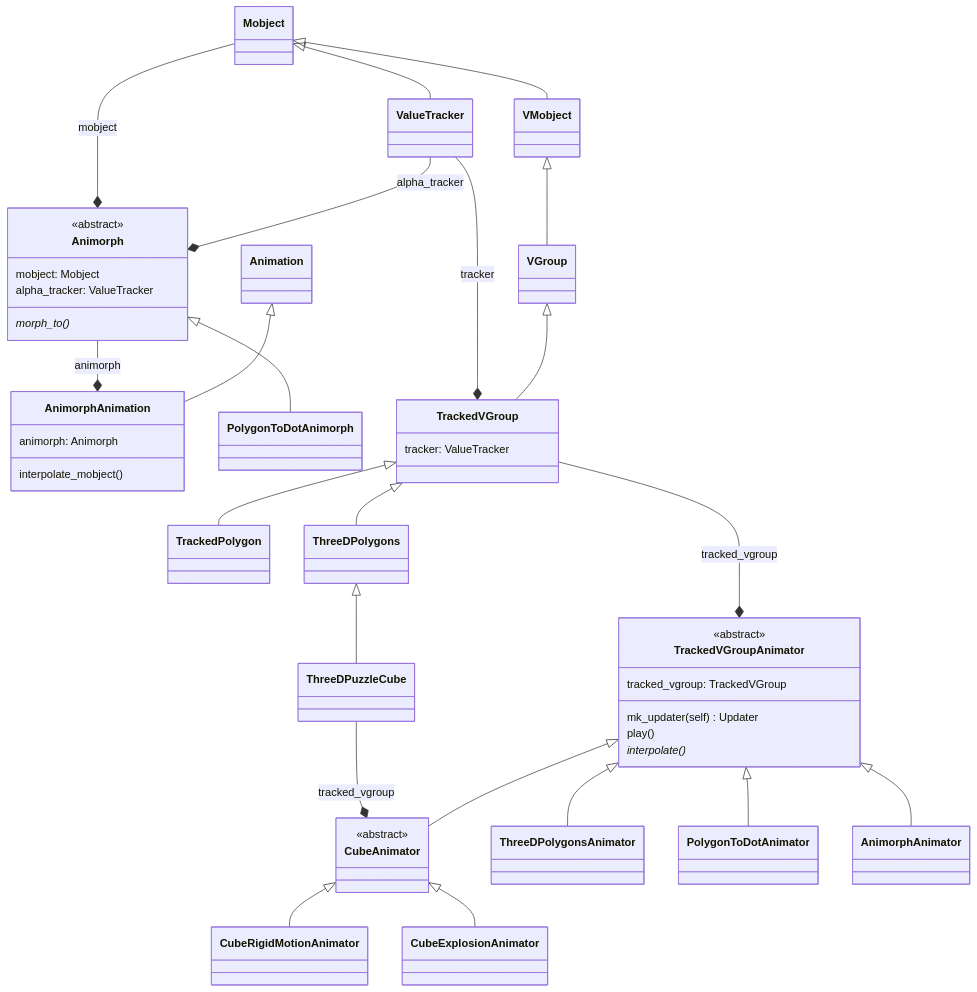
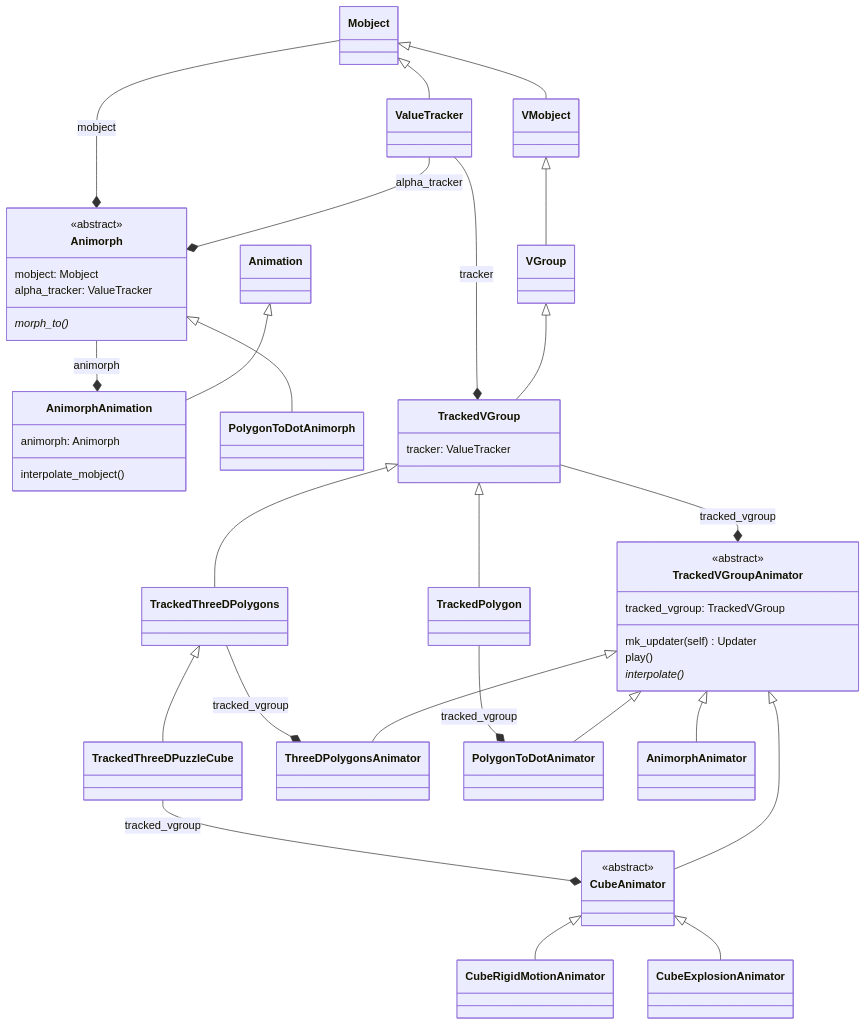
One commit to agryman/instant-insanity changed the diagram in docs/uml/animators.md. Above: the diagram before and after it, drawn with Mermaid. The commit also changed 10 other files, not shown here.

Commit message:
Prefixed ThreeDPuzzleCube  and ThreeDPolygon with Tracked for consistency.

````diff
--- a/docs/uml/animators.md
+++ b/docs/uml/animators.md
@@ -5,48 +5,52 @@
 ```mermaid
 classDiagram
     Animation <|-- AnimorphAnimation
     Mobject <|-- ValueTracker
     Animorph *-- Mobject  : mobject
     Animorph <|-- PolygonToDotAnimorph
     ValueTracker --* Animorph : alpha_tracker
     Animorph --* AnimorphAnimation : animorph
     Mobject <|-- VMobject
     VMobject <|-- VGroup
     VGroup <|-- TrackedVGroup
     ValueTracker --* TrackedVGroup : tracker
     TrackedVGroup <|-- TrackedPolygon
-    TrackedVGroup <|-- ThreeDPolygons
-    ThreeDPolygons <|-- ThreeDPuzzleCube
+    TrackedVGroup <|-- TrackedThreeDPolygons
+
+    TrackedThreeDPolygons <|-- TrackedThreeDPuzzleCube
+
     TrackedVGroup --* TrackedVGroupAnimator : tracked_vgroup
     TrackedVGroupAnimator <|-- CubeAnimator
-    ThreeDPuzzleCube --* CubeAnimator : tracked_vgroup
+    TrackedThreeDPuzzleCube --* CubeAnimator : tracked_vgroup
     CubeAnimator <|-- CubeRigidMotionAnimator
     CubeAnimator <|-- CubeExplosionAnimator
     TrackedVGroupAnimator <|-- ThreeDPolygonsAnimator
+    TrackedThreeDPolygons --* ThreeDPolygonsAnimator : tracked_vgroup
     TrackedVGroupAnimator <|-- PolygonToDotAnimator
+    TrackedPolygon --* PolygonToDotAnimator : tracked_vgroup
     TrackedVGroupAnimator <|-- AnimorphAnimator
     
     class Animorph {
         mobject: Mobject
         alpha_tracker: ValueTracker
         morph_to()*
     }
     <<abstract>> Animorph
 
     class TrackedVGroup {
         tracker: ValueTracker
     }
     
     class AnimorphAnimation {
         animorph: Animorph
         interpolate_mobject()
     }
     class TrackedVGroupAnimator {
         tracked_vgroup: TrackedVGroup
         mk_updater(self) Updater 
         play()
         interpolate()*
     }
     <<abstract>> TrackedVGroupAnimator
     <<abstract>> CubeAnimator
 ```
````
